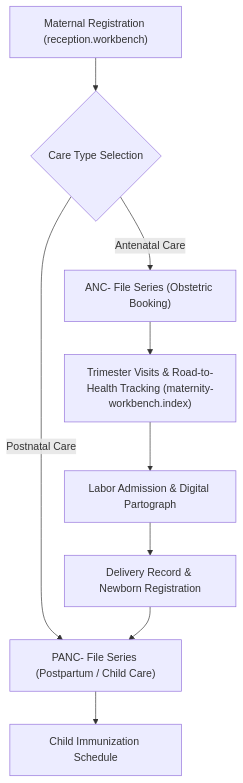
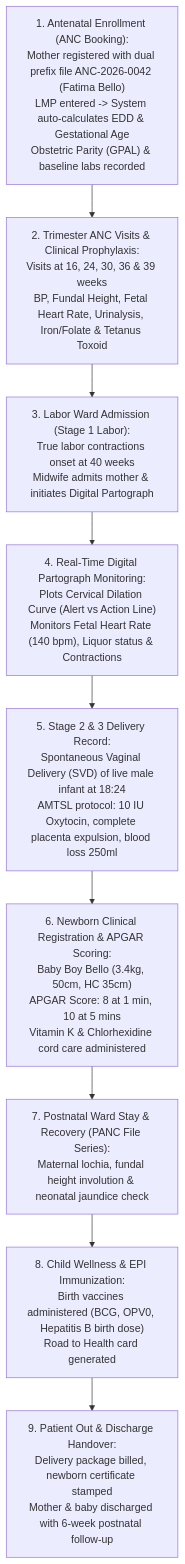
One commit to Corestreamng/corehealth_v2 changed the diagram in docs/user-guides/workbenches/maternity.md. Above: the diagram before and after it, drawn with Mermaid. The commit also changed other lines of this file and 118 other files, not shown here.

````diff
--- a/docs/user-guides/workbenches/maternity.md
+++ b/docs/user-guides/workbenches/maternity.md
@@ -27,11 +20,18 @@
 ```mermaid
 flowchart TD
-    A["Maternal Registration (reception.workbench)"] --> B{"Care Type Selection"}
-    B -->|Antenatal Care| C["ANC- File Series (Obstetric Booking)"]
-    B -->|Postnatal Care| D["PANC- File Series (Postpartum / Child Care)"]
-    C --> E["Trimester Visits & Road-to-Health Tracking (maternity-workbench.index)"]
-    E --> F["Labor Admission & Digital Partograph"]
-    F --> G["Delivery Record & Newborn Registration"]
-    G --> D
-    D --> H["Child Immunization Schedule"]
+    A["1. Antenatal Enrollment (ANC Booking):<br/>Mother registered with dual prefix file ANC-2026-0042 (Fatima Bello)<br/>LMP entered -> System auto-calculates EDD & Gestational Age<br/>Obstetric Parity (GPAL) & baseline labs recorded"] --> B["2. Trimester ANC Visits & Clinical Prophylaxis:<br/>Visits at 16, 24, 30, 36 & 39 weeks<br/>BP, Fundal Height, Fetal Heart Rate, Urinalysis, Iron/Folate & Tetanus Toxoid"]
+    
+    B --> C["3. Labor Ward Admission (Stage 1 Labor):<br/>True labor contractions onset at 40 weeks<br/>Midwife admits mother & initiates Digital Partograph"]
+    
+    C --> D["4. Real-Time Digital Partograph Monitoring:<br/>Plots Cervical Dilation Curve (Alert vs Action Line)<br/>Monitors Fetal Heart Rate (140 bpm), Liquor status & Contractions"]
+    
+    D --> E["5. Stage 2 & 3 Delivery Record:<br/>Spontaneous Vaginal Delivery (SVD) of live male infant at 18:24<br/>AMTSL protocol: 10 IU Oxytocin, complete placenta expulsion, blood loss 250ml"]
+    
+    E --> F["6. Newborn Clinical Registration & APGAR Scoring:<br/>Baby Boy Bello (3.4kg, 50cm, HC 35cm)<br/>APGAR Score: 8 at 1 min, 10 at 5 mins<br/>Vitamin K & Chlorhexidine cord care administered"]
+    
+    F --> G["7. Postnatal Ward Stay & Recovery (PANC File Series):<br/>Maternal lochia, fundal height involution & neonatal jaundice check"]
+    
+    G --> H["8. Child Wellness & EPI Immunization:<br/>Birth vaccines administered (BCG, OPV0, Hepatitis B birth dose)<br/>Road to Health card generated"]
+    
+    H --> I["9. Patient Out & Discharge Handover:<br/>Delivery package billed, newborn certificate stamped<br/>Mother & baby discharged with 6-week postnatal follow-up"]
 ```
````
